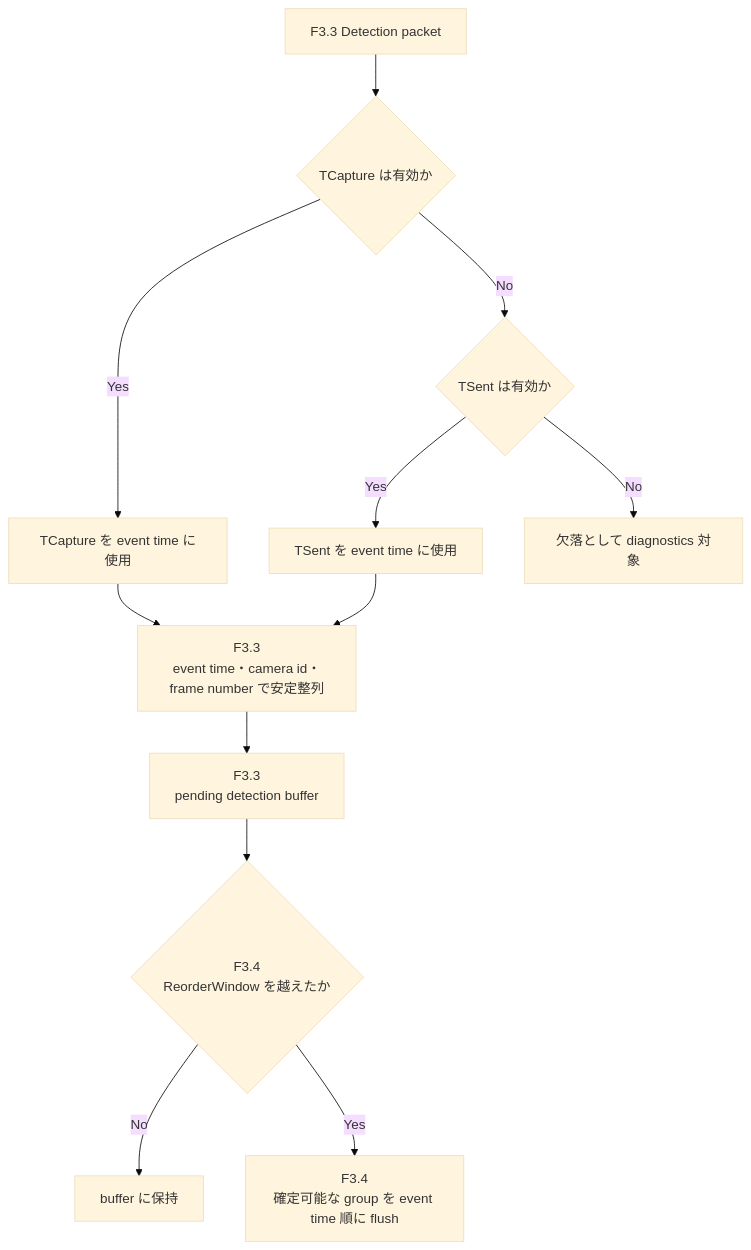
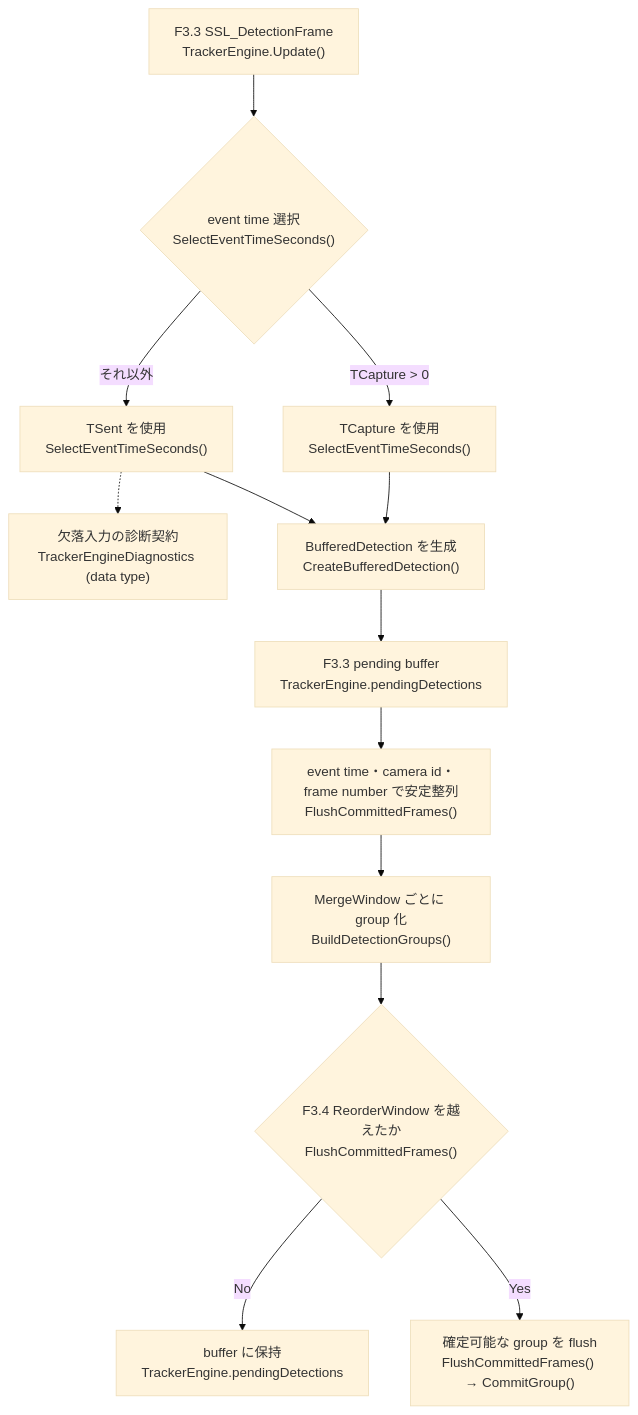
Before and after one commit to ibis-ssl/Duck: the fifth of 11 diagrams in Tracker/Design/Core/tracker-architecture-plan.md, drawn with Mermaid (base theme). The commit also changed other lines of this file, not shown here.

Commit message:
docs(tracker): フロー図を実装クラスとメソッドへ対応付ける

````diff
--- a/Tracker/Design/Core/tracker-architecture-plan.md
+++ b/Tracker/Design/Core/tracker-architecture-plan.md
@@ -240,15 +249,16 @@
 ```mermaid
 flowchart TD
-    Packet["F3.3 Detection packet"] --> Capture{"TCapture は有効か"}
-    Capture -->|Yes| TCapture["TCapture を event time に使用"]
-    Capture -->|No| Sent{"TSent は有効か"}
-    Sent -->|Yes| TSent["TSent を event time に使用"]
-    Sent -->|No| Invalid["欠落として diagnostics 対象"]
+    Packet["F3.3 SSL_DetectionFrame<br/>TrackerEngine.Update()"] --> Capture{"event time 選択<br/>SelectEventTimeSeconds()"}
+    Capture -->|TCapture > 0| TCapture["TCapture を使用<br/>SelectEventTimeSeconds()"]
+    Capture -->|それ以外| TSent["TSent を使用<br/>SelectEventTimeSeconds()"]
+    TSent -.-> Invalid["欠落入力の診断契約<br/>TrackerEngineDiagnostics (data type)"]
 
-    TCapture --> Stable["F3.3<br/>event time・camera id・frame number で安定整列"]
-    TSent --> Stable
-    Stable --> Pending["F3.3<br/>pending detection buffer"]
-    Pending --> Window{"F3.4<br/>ReorderWindow を越えたか"}
-    Window -->|No| Hold["buffer に保持"]
-    Window -->|Yes| Flush["F3.4<br/>確定可能な group を event time 順に flush"]
+    TCapture --> Snapshot["BufferedDetection を生成<br/>CreateBufferedDetection()"]
+    TSent --> Snapshot
+    Snapshot --> Pending["F3.3 pending buffer<br/>TrackerEngine.pendingDetections"]
+    Pending --> Stable["event time・camera id・frame number で安定整列<br/>FlushCommittedFrames()"]
+    Stable --> Groups["MergeWindow ごとに group 化<br/>BuildDetectionGroups()"]
+    Groups --> Window{"F3.4 ReorderWindow を越えたか<br/>FlushCommittedFrames()"}
+    Window -->|No| Hold["buffer に保持<br/>TrackerEngine.pendingDetections"]
+    Window -->|Yes| Flush["確定可能な group を flush<br/>FlushCommittedFrames() → CommitGroup()"]
 ```
````
